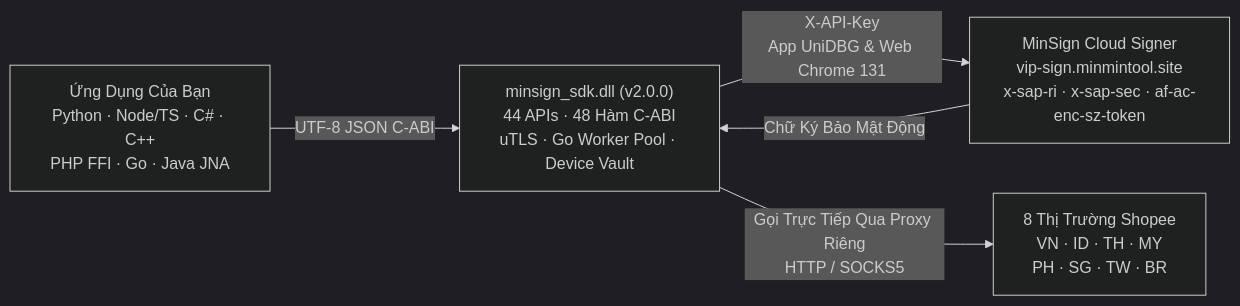
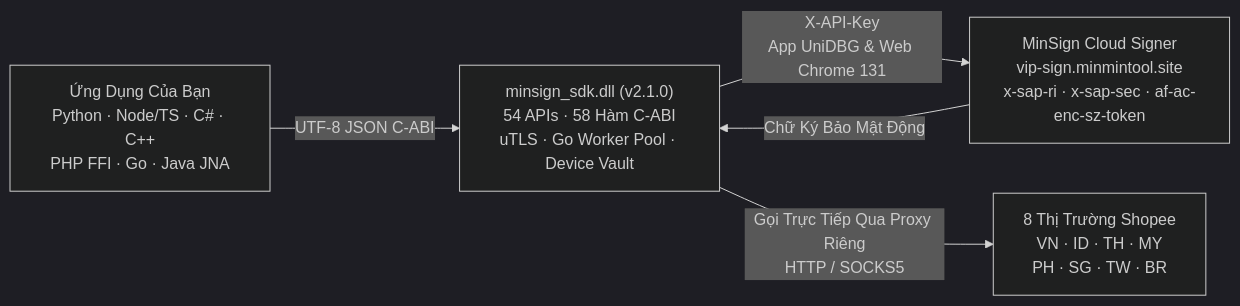
Before and after one commit to minmin2402/shopeeapi: the diagram in README.vi.md, drawn with Mermaid (dark theme). The commit also changed other lines of this file and 20 other files, not shown here.

Commit message:
feat(sdk): v2.1.0 - 54 APIs (+10 MCN, Invitation Accept acp & Affiliate Center), 7 wrappers & 5-language docs

````diff
--- a/README.vi.md
+++ b/README.vi.md
@@ -23,7 +23,7 @@
 ```mermaid
 flowchart LR
-    A["Ứng Dụng Của Bạn<br/>Python · Node/TS · C# · C++<br/>PHP FFI · Go · Java JNA"] -->|UTF-8 JSON C-ABI| B["minsign_sdk.dll (v2.0.0)<br/>44 APIs · 48 Hàm C-ABI<br/>uTLS · Go Worker Pool · Device Vault"]
+    A["Ứng Dụng Của Bạn<br/>Python · Node/TS · C# · C++<br/>PHP FFI · Go · Java JNA"] -->|UTF-8 JSON C-ABI| B["minsign_sdk.dll (v2.1.0)<br/>54 APIs · 58 Hàm C-ABI<br/>uTLS · Go Worker Pool · Device Vault"]
     B -->|X-API-Key<br/>App UniDBG & Web Chrome 131| C["MinSign Cloud Signer<br/>vip-sign.minmintool.site<br/>x-sap-ri · x-sap-sec · af-ac-enc-sz-token"]
     C -->|Chữ Ký Bảo Mật Động| B
     B -->|Gọi Trực Tiếp Qua Proxy Riêng<br/>HTTP / SOCKS5| D["8 Thị Trường Shopee<br/>VN · ID · TH · MY<br/>PH · SG · TW · BR"]
 ```
````
